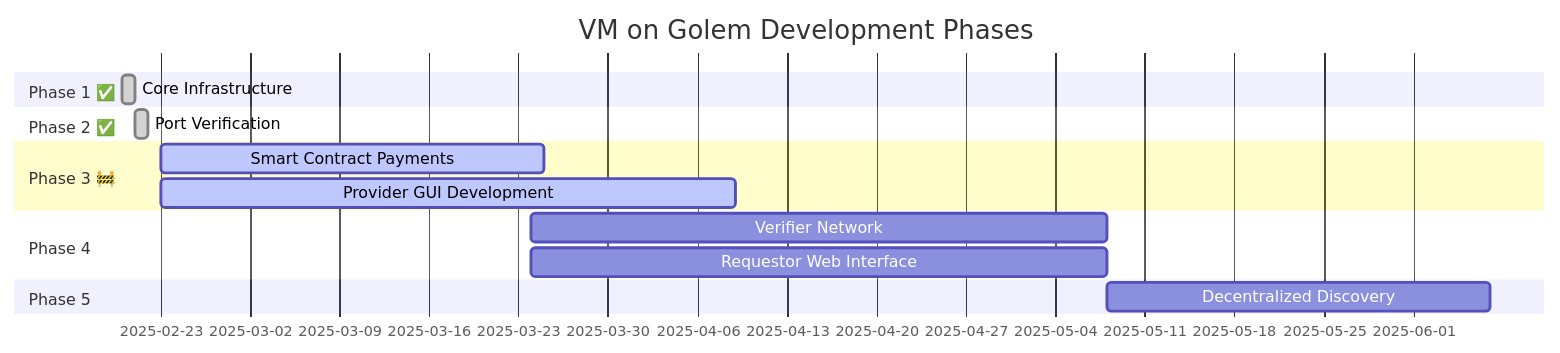
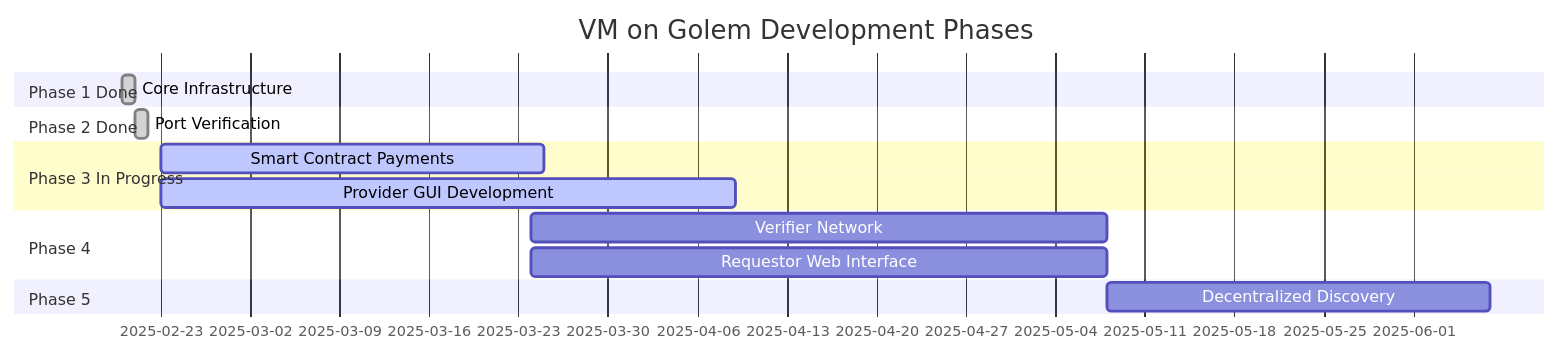
The first of 2 diagrams in VM-on-Golem-VISION/ROADMAP.md (cryptobench/vm-on-golem), drawn with Mermaid before and after one commit. The commit also changed other lines of this file and 13 other files, not shown here.

````diff
--- a/VM-on-Golem-VISION/ROADMAP.md
+++ b/VM-on-Golem-VISION/ROADMAP.md
@@ -5,17 +5,17 @@
 ```mermaid
 gantt
     title VM on Golem Development Phases
     dateFormat  YYYY-MM-DD
-    section Phase 1 ✅
+    section Phase 1 Done
     Core Infrastructure    :done, p1, 2025-02-20, 1d
-    section Phase 2 ✅
+    section Phase 2 Done
     Port Verification     :done, p2, 2025-02-21, 1d
-    section Phase 3 🚧
+    section Phase 3 In Progress
     Smart Contract Payments :active, p3, 2025-02-23, 30d
     Provider GUI Development :active, gui1, 2025-02-23, 45d
     section Phase 4
     Verifier Network      :p4, 2025-03-24, 45d
     Requestor Web Interface :web1, 2025-03-24, 45d
     section Phase 5
     Decentralized Discovery :p5, 2025-05-08, 30d
 ```
````
